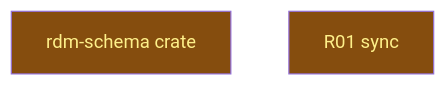
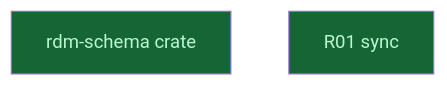
Before and after one commit to CrackingShells/cracking-shells-playbook: the diagram in __roadmap__/m0b-domain-model-spec/read/crate/README.md, drawn with Mermaid. The commit also changed other lines of this file and 2 other files, not shown here.

Commit message:
chore(roadmap): close the m0b crate level

````diff
--- a/__roadmap__/m0b-domain-model-spec/read/crate/README.md
+++ b/__roadmap__/m0b-domain-model-spec/read/crate/README.md
@@ -19,10 +19,10 @@
 ```mermaid
 graph TD
-    rdm_schema_crate[rdm-schema crate]:::inprogress
-    r01_sync[R01 sync]:::inprogress
+    rdm_schema_crate[rdm-schema crate]:::done
+    r01_sync[R01 sync]:::done
     classDef done       fill:#166534,color:#bbf7d0
     classDef inprogress fill:#854d0e,color:#fef08a
     classDef planned    fill:#374151,color:#e5e7eb
     classDef amendment  fill:#1e3a5f,color:#bfdbfe
     classDef blocked    fill:#7f1d1d,color:#fecaca
 ```
````
